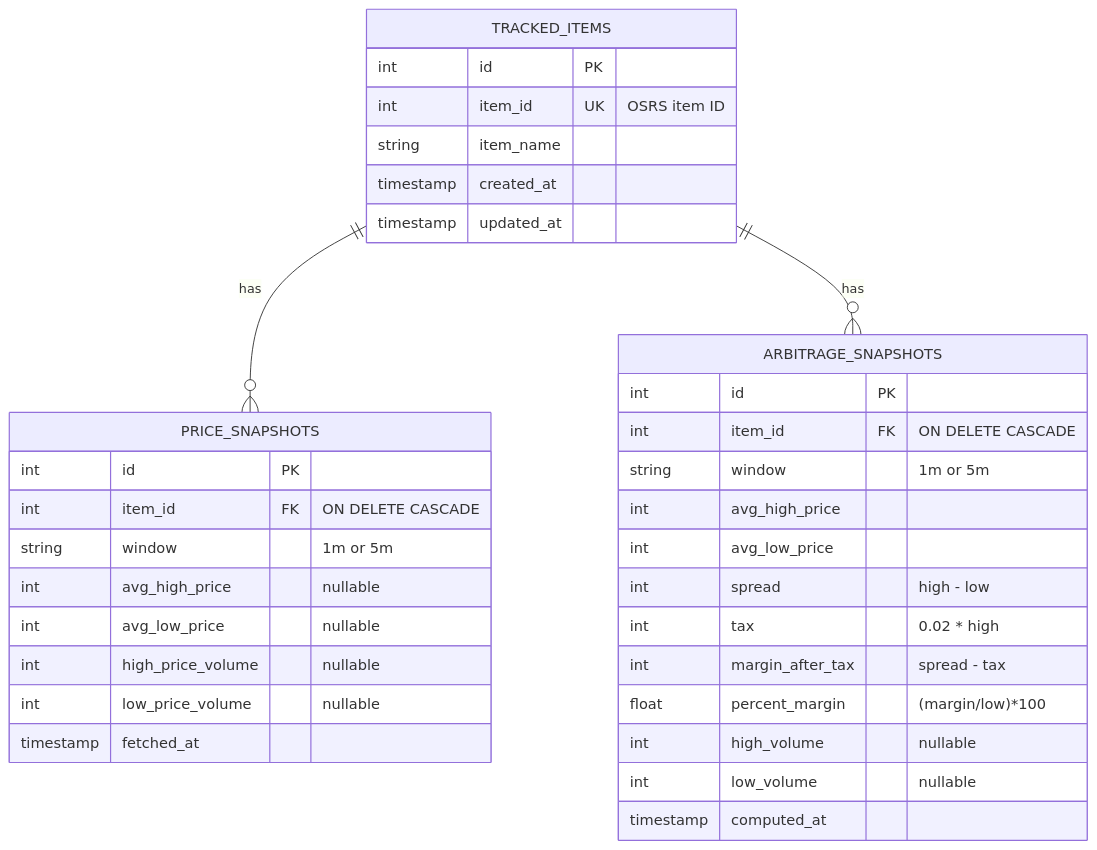
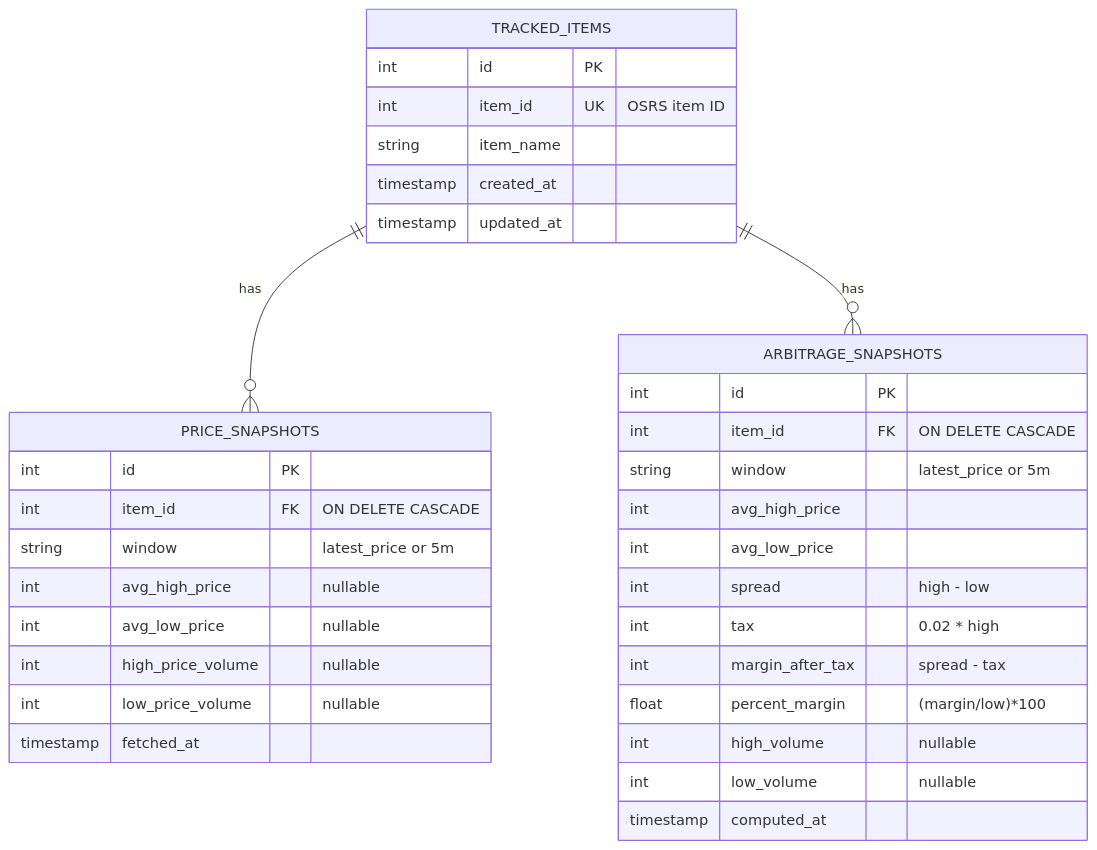
The third of 3 diagrams in README.md (EIIis/osrs-arbitrage), drawn with Mermaid before and after one commit. The commit also changed other lines of this file and 18 other files, not shown here.

````diff
--- a/README.md
+++ b/README.md
@@ -342,39 +343,39 @@
 ```mermaid
 erDiagram
     TRACKED_ITEMS ||--o{ PRICE_SNAPSHOTS : has
     TRACKED_ITEMS ||--o{ ARBITRAGE_SNAPSHOTS : has
 
     TRACKED_ITEMS {
         int id PK
         int item_id UK "OSRS item ID"
         string item_name
         timestamp created_at
         timestamp updated_at
     }
 
     PRICE_SNAPSHOTS {
         int id PK
         int item_id FK "ON DELETE CASCADE"
-        string window "1m or 5m"
+        string window "latest_price or 5m"
         int avg_high_price "nullable"
         int avg_low_price "nullable"
         int high_price_volume "nullable"
         int low_price_volume "nullable"
         timestamp fetched_at
     }
 
     ARBITRAGE_SNAPSHOTS {
         int id PK
         int item_id FK "ON DELETE CASCADE"
-        string window "1m or 5m"
+        string window "latest_price or 5m"
         int avg_high_price
         int avg_low_price
         int spread "high - low"
         int tax "0.02 * high"
         int margin_after_tax "spread - tax"
         float percent_margin "(margin/low)*100"
         int high_volume "nullable"
         int low_volume "nullable"
         timestamp computed_at
     }
 ```
````
